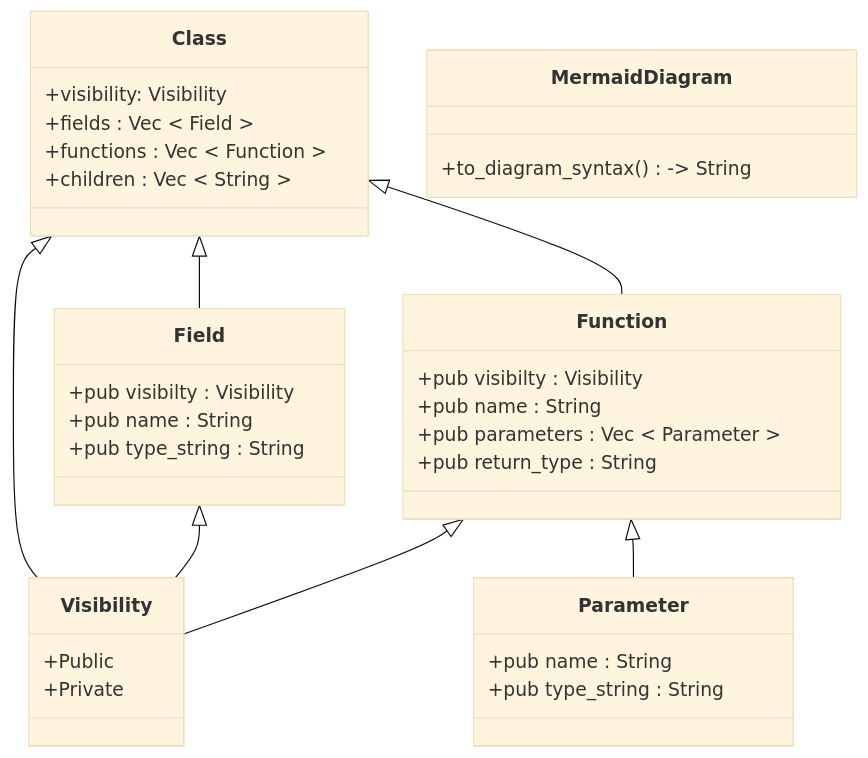
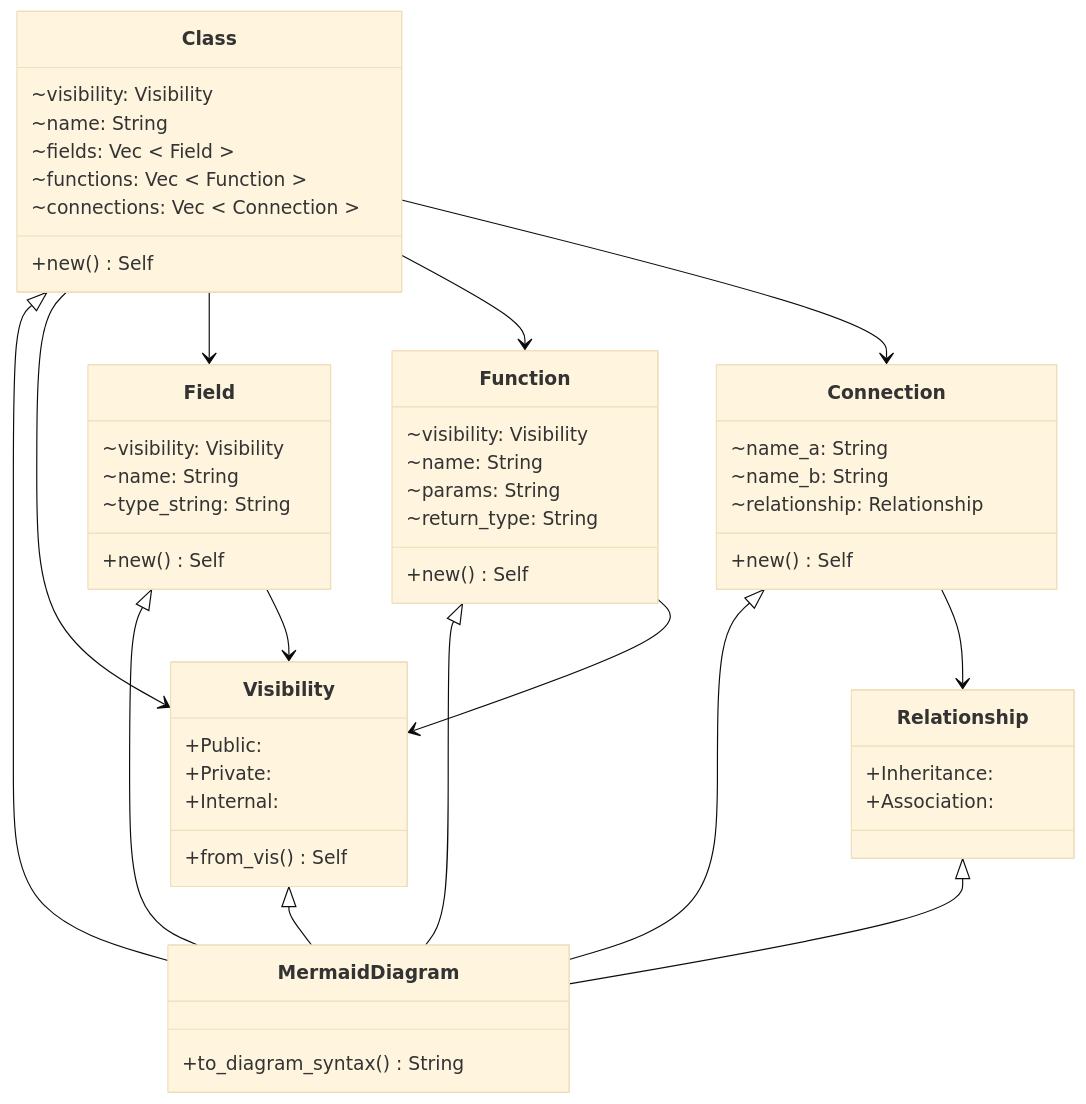
The diagram in diagram.mmd (gusjengis/mermaid-class-diagrams), drawn with Mermaid (base theme) before and after one commit. The commit also changed other lines of this file and 10 other files, not shown here.

```diff
--- a/diagram.mmd
+++ b/diagram.mmd
@@ -1,44 +1,55 @@
 classDiagram
 
+class MermaidDiagram {
++to_diagram_syntax() String
+}
+Class <|-- MermaidDiagram
+Function <|-- MermaidDiagram
+Field <|-- MermaidDiagram
+Visibility <|-- MermaidDiagram
+Connection <|-- MermaidDiagram
+Relationship <|-- MermaidDiagram
 class Class {
-  +visibility: Visibility 
-  +fields : Vec < Field > 
-  +functions : Vec < Function > 
-  +children : Vec < String > 
+~visibility: Visibility
+~name: String
+~fields: Vec < Field >
+~functions: Vec < Function >
+~connections: Vec < Connection >
++new() Self
 }
-
-Class <|-- Visibility
-Class <|-- Field
-Class <|-- Function
-
+Class --> Visibility
+Class --> Field
+Class --> Function
+Class --> Connection
 class Field {
-  +pub visibilty : Visibility 
-  +pub name : String 
-  +pub type_string : String 
+~visibility: Visibility
+~name: String
+~type_string: String
++new() Self
 }
-
-Field <|-- Visibility
-
+Field --> Visibility
 class Function {
-  +pub visibilty : Visibility 
-  +pub name : String 
-  +pub parameters : Vec < Parameter > 
-  +pub return_type : String 
+~visibility: Visibility
+~name: String
+~params: String
+~return_type: String
++new() Self
 }
-
-Function <|-- Visibility
-Function <|-- Parameter
-
-class Parameter {
-  +pub name : String 
-  +pub type_string : String 
+Function --> Visibility
+class Connection {
+~name_a: String
+~name_b: String
+~relationship: Relationship
++new() Self
 }
-
+Connection --> Relationship
+class Relationship {
++Inheritance: 
++Association: 
+}
 class Visibility {
-  +Public
-  +Private
++Public: 
++Private: 
++Internal: 
++from_vis() Self
 }
-
-class MermaidDiagram {
-  +to_diagram_syntax() -> String
-}
```
